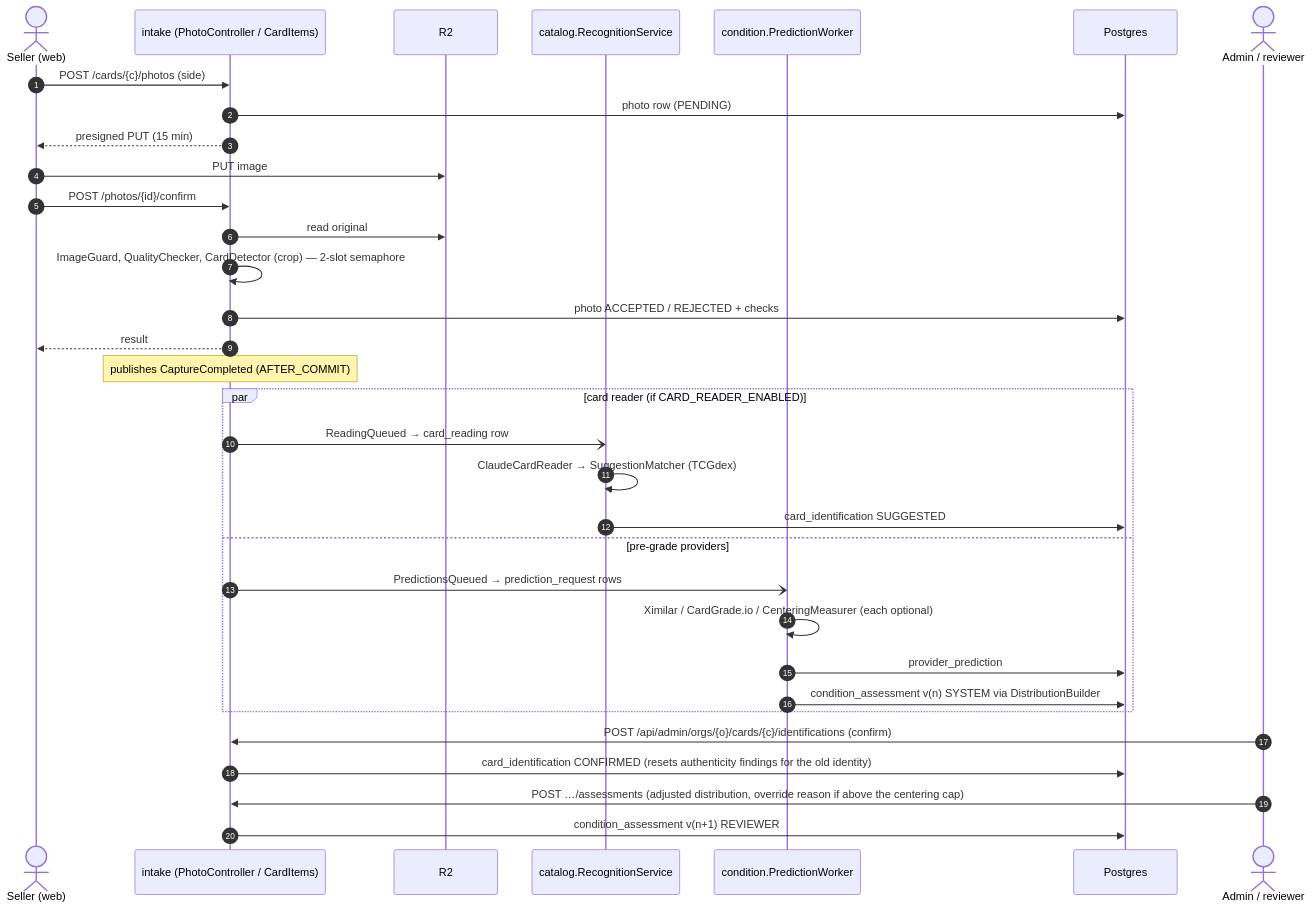
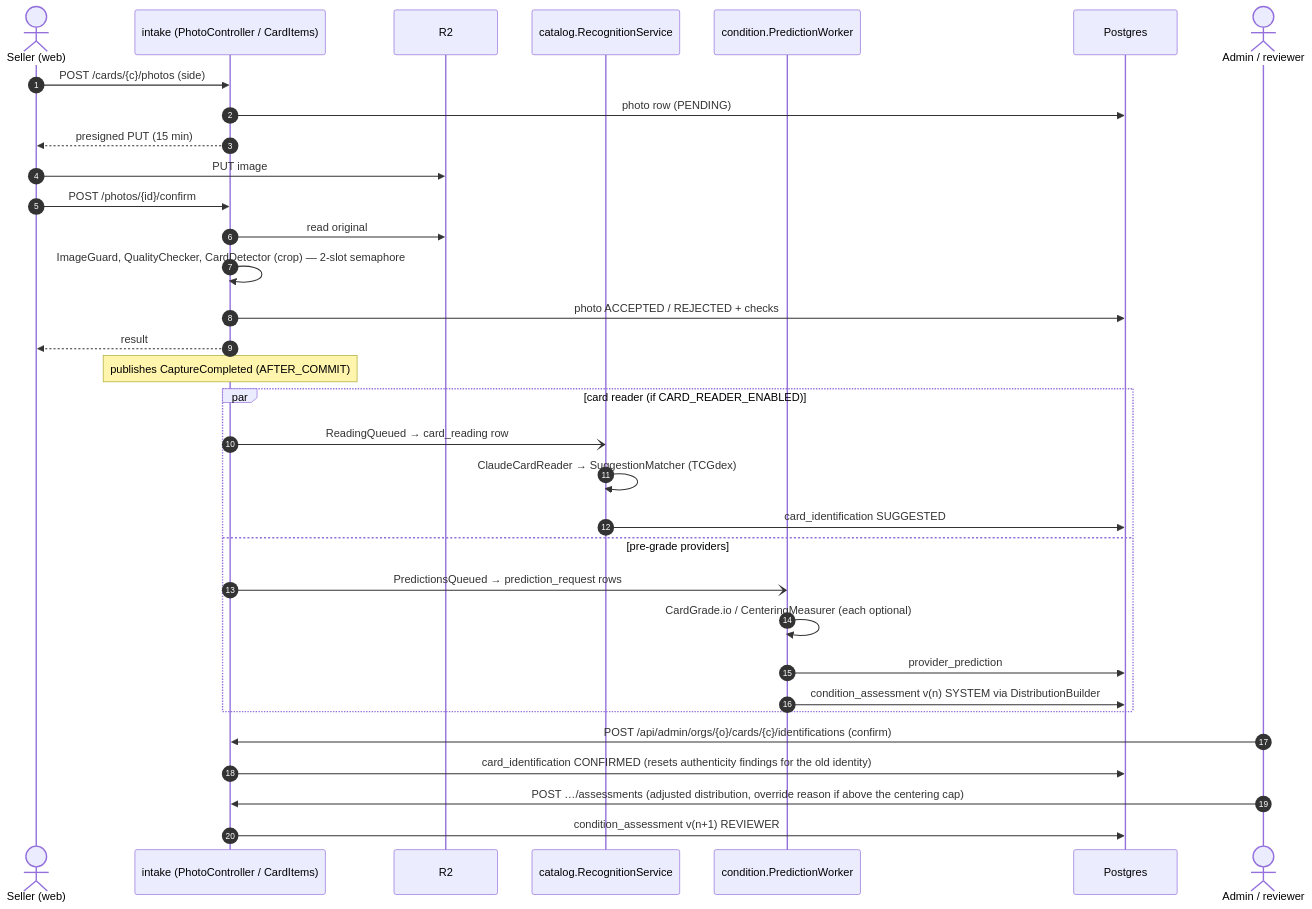
The first of 4 diagrams in docs/architecture/04-flows.md (gebs2180/pokemans), drawn with Mermaid before and after one commit. The commit also changed 37 other files, not shown here.

````diff
--- a/docs/architecture/04-flows.md
+++ b/docs/architecture/04-flows.md
@@ -7,38 +7,38 @@
 ```mermaid
 sequenceDiagram
   autonumber
   actor S as Seller (web)
   participant API as intake (PhotoController / CardItems)
   participant R2 as R2
   participant Rec as catalog.RecognitionService
   participant Pred as condition.PredictionWorker
   participant DB as Postgres
   actor A as Admin / reviewer
 
   S->>API: POST /cards/{c}/photos (side)
   API->>DB: photo row (PENDING)
   API-->>S: presigned PUT (15 min)
   S->>R2: PUT image
   S->>API: POST /photos/{id}/confirm
   API->>R2: read original
   API->>API: ImageGuard, QualityChecker, CardDetector (crop) — 2-slot semaphore
   API->>DB: photo ACCEPTED / REJECTED + checks
   API-->>S: result
   Note over API: publishes CaptureCompleted (AFTER_COMMIT)
 
   par card reader (if CARD_READER_ENABLED)
     API-)Rec: ReadingQueued → card_reading row
     Rec->>Rec: ClaudeCardReader → SuggestionMatcher (TCGdex)
     Rec->>DB: card_identification SUGGESTED
   and pre-grade providers
     API-)Pred: PredictionsQueued → prediction_request rows
-    Pred->>Pred: Ximilar / CardGrade.io / CenteringMeasurer (each optional)
+    Pred->>Pred: CardGrade.io / CenteringMeasurer (each optional)
     Pred->>DB: provider_prediction
     Pred->>DB: condition_assessment v(n) SYSTEM via DistributionBuilder
   end
 
   A->>API: POST /api/admin/orgs/{o}/cards/{c}/identifications (confirm)
   API->>DB: card_identification CONFIRMED (resets authenticity findings for the old identity)
   A->>API: POST …/assessments (adjusted distribution, override reason if above the centering cap)
   API->>DB: condition_assessment v(n+1) REVIEWER
 ```
````
